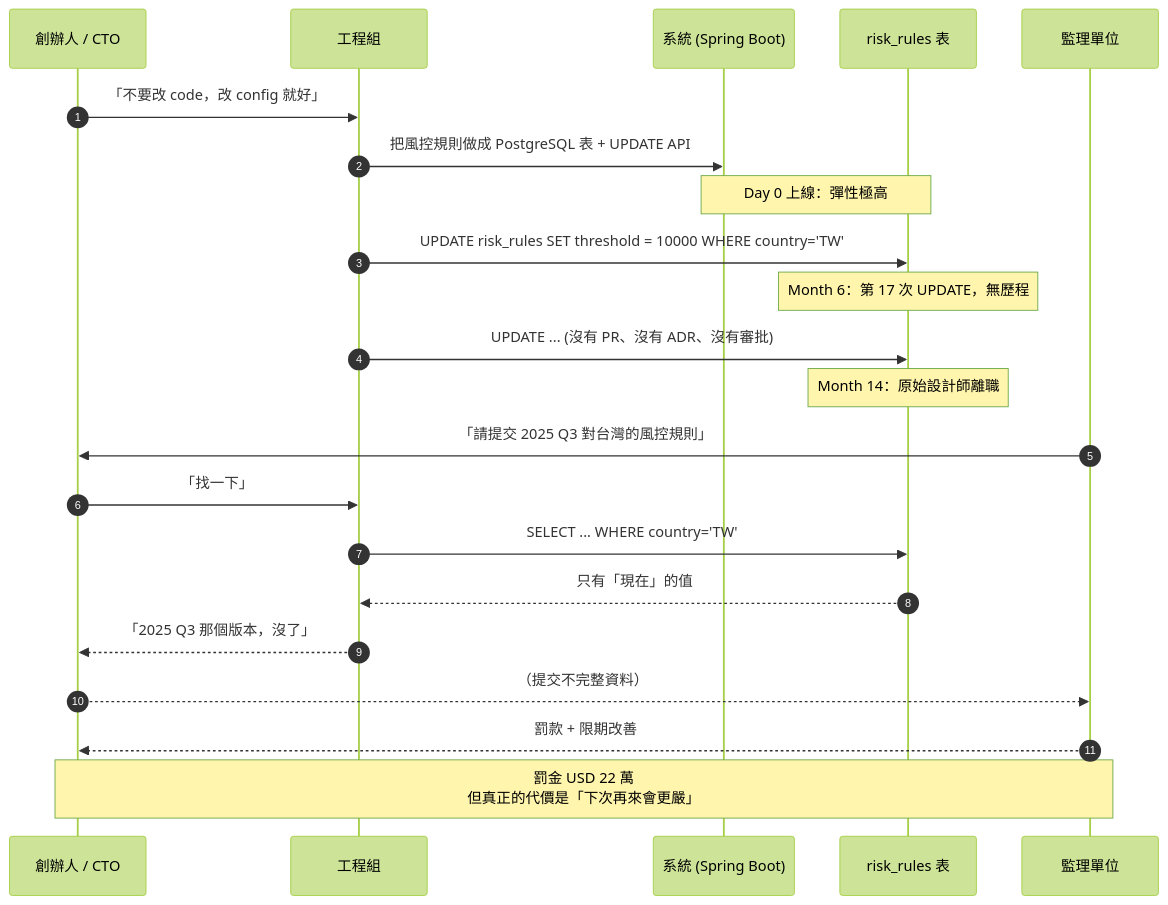
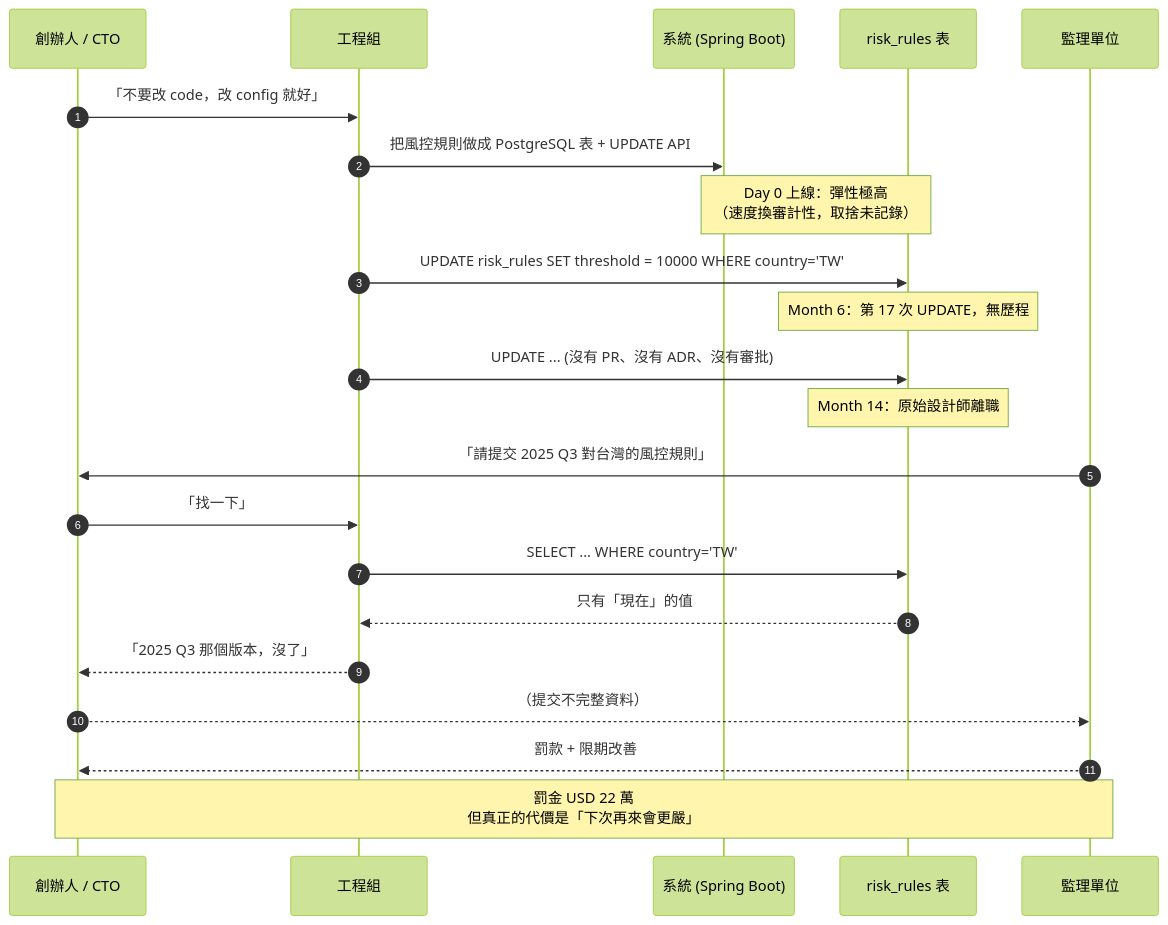
The first of 4 diagrams in book/part-06-engineering/ch-36-governance-architecture.md (EddyKuo/sa-sd-playbook), drawn with Mermaid (forest theme) before and after one commit. The commit also changed other lines of this file and 47 other files, not shown here.

````diff
--- a/book/part-06-engineering/ch-36-governance-architecture.md
+++ b/book/part-06-engineering/ch-36-governance-architecture.md
@@ -45,26 +51,26 @@
 ```mermaid
 sequenceDiagram
     autonumber
     participant Founder as 創辦人 / CTO
     participant Eng as 工程組
     participant Code as 系統 (Spring Boot)
     participant DB as risk_rules 表
     participant Reg as 監理單位
 
     Founder->>Eng: 「不要改 code，改 config 就好」
     Eng->>Code: 把風控規則做成 PostgreSQL 表 + UPDATE API
-    Note over Code,DB: Day 0 上線：彈性極高
+    Note over Code,DB: Day 0 上線：彈性極高<br/>（速度換審計性，取捨未記錄）
     Eng->>DB: UPDATE risk_rules SET threshold = 10000 WHERE country='TW'
     Note over DB: Month 6：第 17 次 UPDATE，無歷程
     Eng->>DB: UPDATE ... (沒有 PR、沒有 ADR、沒有審批)
     Note over DB: Month 14：原始設計師離職
     Reg->>Founder: 「請提交 2025 Q3 對台灣的風控規則」
     Founder->>Eng: 「找一下」
     Eng->>DB: SELECT ... WHERE country='TW'
     DB-->>Eng: 只有「現在」的值
     Eng-->>Founder: 「2025 Q3 那個版本，沒了」
     Founder-->>Reg: （提交不完整資料）
     Reg-->>Founder: 罰款 + 限期改善
 
     Note over Founder,Reg: 罰金 USD 22 萬<br/>但真正的代價是「下次再來會更嚴」
 ```
````
